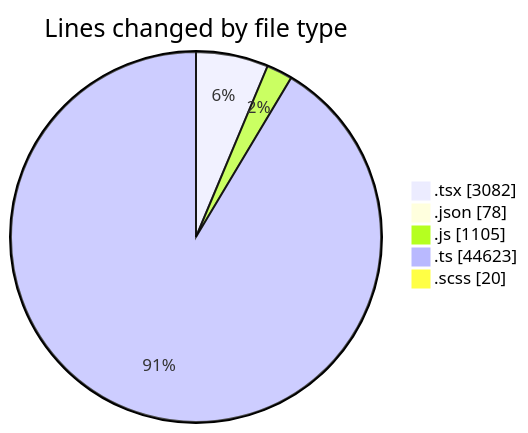
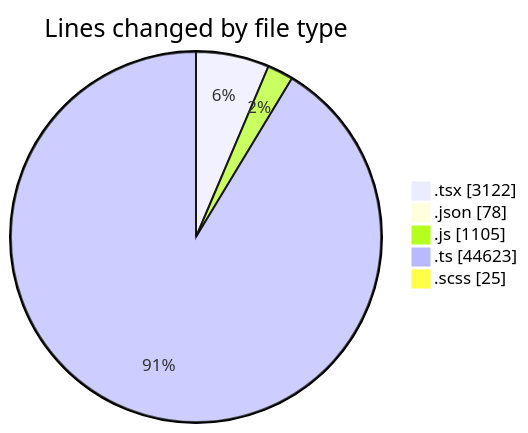
One commit to momahboobian/code-tracking changed the first of 2 diagrams in 2026-10-19/cda/README.md. Above: the diagram before and after it, drawn with Mermaid. The commit also changed other lines of this file and 1 other file, not shown here.

````diff
--- a/2026-10-19/cda/README.md
+++ b/2026-10-19/cda/README.md
@@ -42,9 +42,9 @@
 ```mermaid
 pie showData
 title Lines changed by file type
-".tsx" : 3082
+".tsx" : 3122
 ".json" : 78
 ".js" : 1105
 ".ts" : 44623
-".scss" : 20
+".scss" : 25
 ```
````
